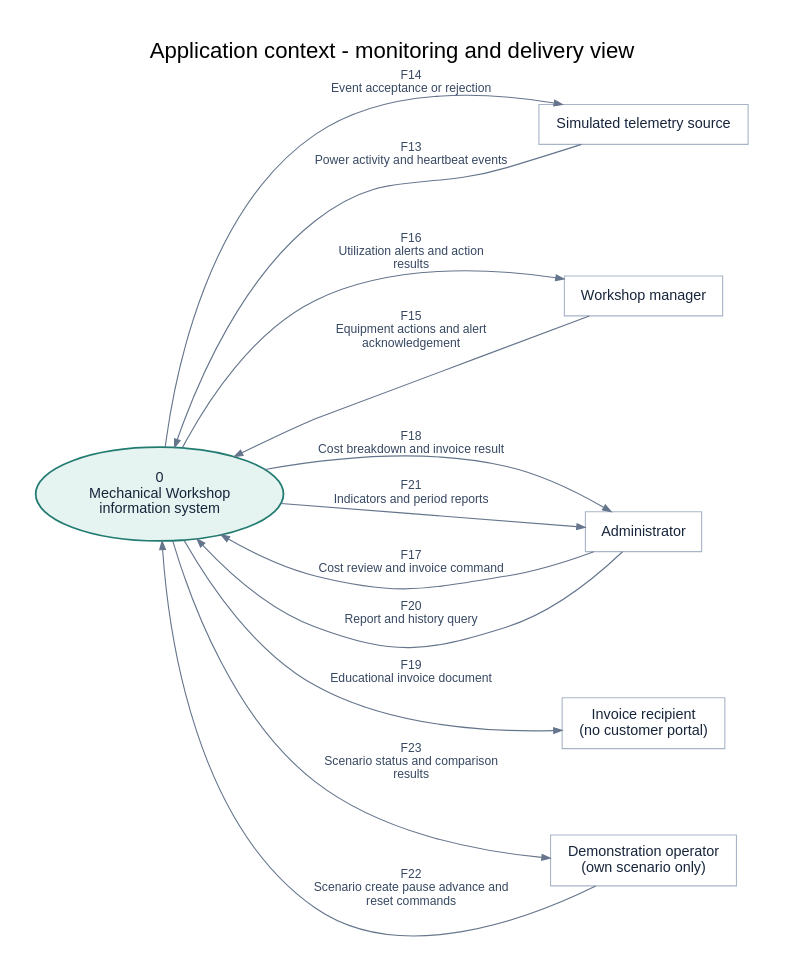
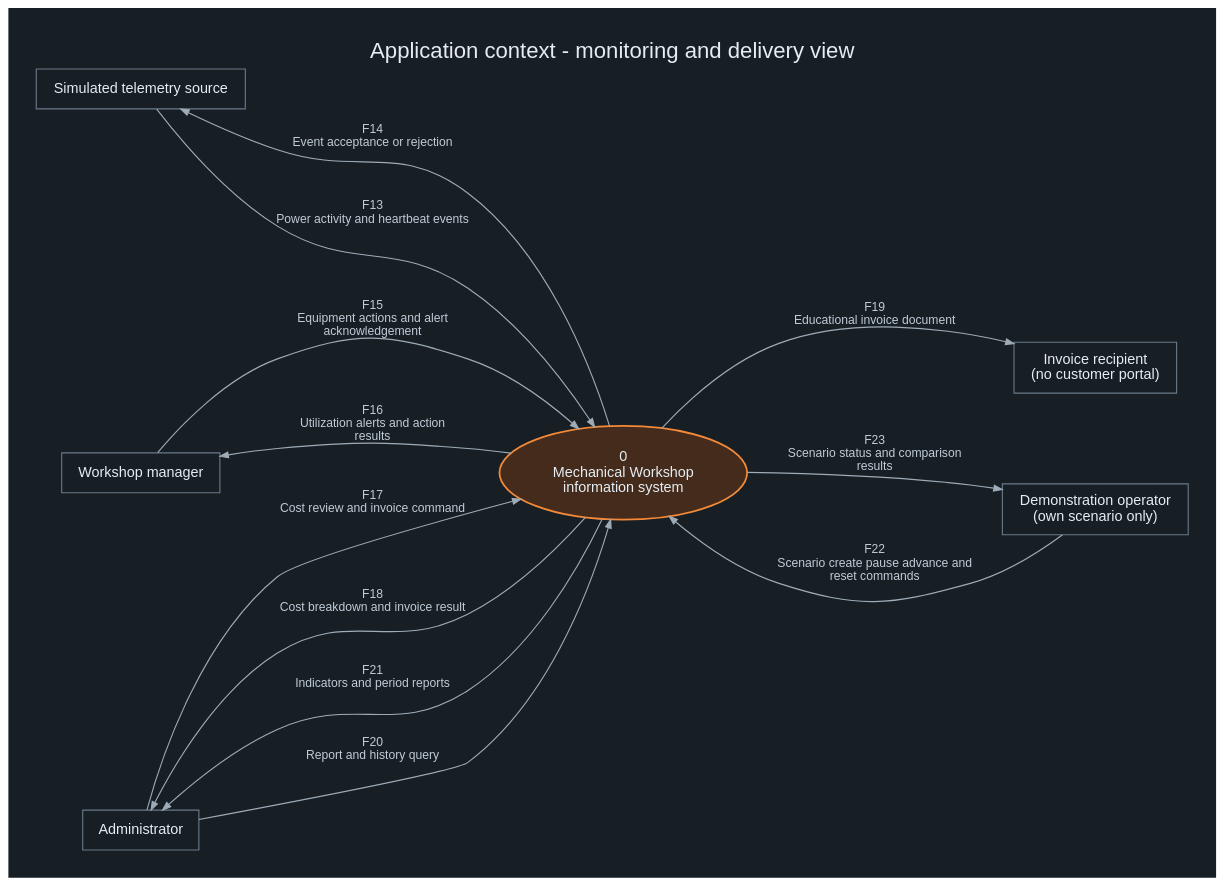
One commit to Kallst/mechanical-workshop changed the diagram in docs/models/diagrams/context-control.dot. Above: the diagram before and after it, drawn with Graphviz. The commit also changed 80 other files, not shown here.

Commit message:
feat(atlas): organize bilingual diagrams in the current workshop theme

```diff
--- a/docs/models/diagrams/context-control.dot
+++ b/docs/models/diagrams/context-control.dot
@@ -1,22 +1,30 @@
 digraph context_control {
-graph [rankdir=LR, bgcolor="#ffffff", pad="0.35", nodesep="0.55", ranksep="0.8", fontname="Arial", fontsize=20, labelloc=t, label="Application context - monitoring and delivery view", compound=true];
-node [shape=box, style="rounded,filled", fillcolor="#f3f6fa", color="#a8b5c7", fontcolor="#17253b", fontname="Arial", fontsize=13, margin="0.18,0.13"];
-edge [fontname="Arial", fontsize=11, fontcolor="#374862", color="#65758c", arrowsize=0.75];
-app [shape=ellipse, fillcolor="#e5f3f1", color="#227b70", penwidth=1.6, label="0\nMechanical Workshop\ninformation system"];
-"telemetry" -> "app" [label="F13\nPower activity and heartbeat events"];
-"app" -> "telemetry" [label="F14\nEvent acceptance or rejection"];
-"manager" -> "app" [label="F15\nEquipment actions and alert\nacknowledgement"];
-"app" -> "manager" [label="F16\nUtilization alerts and action\nresults"];
-"admin" -> "app" [label="F17\nCost review and invoice command"];
-"app" -> "admin" [label="F18\nCost breakdown and invoice result"];
-"app" -> "recipient" [label="F19\nEducational invoice document"];
-"admin" -> "app" [label="F20\nReport and history query"];
-"app" -> "admin" [label="F21\nIndicators and period reports"];
-"operator" -> "app" [label="F22\nScenario create pause advance and\nreset commands"];
-"app" -> "operator" [label="F23\nScenario status and comparison\nresults"];
-admin [shape=box, style="filled", fillcolor="#ffffff", label="Administrator"];
-manager [shape=box, style="filled", fillcolor="#ffffff", label="Workshop manager"];
-operator [shape=box, style="filled", fillcolor="#ffffff", label="Demonstration operator\n(own scenario only)"];
-recipient [shape=box, style="filled", fillcolor="#ffffff", label="Invoice recipient\n(no customer portal)"];
-telemetry [shape=box, style="filled", fillcolor="#ffffff", label="Simulated telemetry source"];
+graph [rankdir=LR, bgcolor="#171e24", pad="0.35", nodesep="0.55", ranksep="0.8", fontname="Arial", fontsize=20, fontcolor="#e5edf3", labelloc=t, label="Application context - monitoring and delivery view", compound=true];
+node [shape=box, style="rounded,filled", fillcolor="#232e37", color="#697b8b", fontcolor="#e5edf3", fontname="Arial", fontsize=13, margin="0.18,0.13"];
+edge [fontname="Arial", fontsize=11, fontcolor="#c0ccd6", color="#9eacb7", arrowsize=0.75];
+app [shape=ellipse, fillcolor="#442b1c", color="#f28a3a", penwidth=1.6, label="0\nMechanical Workshop\ninformation system"];
+"telemetry" -> "app" [label="F13\nPower activity and heartbeat events", constraint=false];
+"app" -> "telemetry" [label="F14\nEvent acceptance or rejection", constraint=false];
+"manager" -> "app" [label="F15\nEquipment actions and alert\nacknowledgement", constraint=false];
+"app" -> "manager" [label="F16\nUtilization alerts and action\nresults", constraint=false];
+"admin" -> "app" [label="F17\nCost review and invoice command", constraint=false];
+"app" -> "admin" [label="F18\nCost breakdown and invoice result", constraint=false];
+"app" -> "recipient" [label="F19\nEducational invoice document", constraint=false];
+"admin" -> "app" [label="F20\nReport and history query", constraint=false];
+"app" -> "admin" [label="F21\nIndicators and period reports", constraint=false];
+"operator" -> "app" [label="F22\nScenario create pause advance and\nreset commands", constraint=false];
+"app" -> "operator" [label="F23\nScenario status and comparison\nresults", constraint=false];
+admin [shape=box, style="filled", fillcolor="#171e24", label="Administrator"];
+manager [shape=box, style="filled", fillcolor="#171e24", label="Workshop manager"];
+operator [shape=box, style="filled", fillcolor="#171e24", label="Demonstration operator\n(own scenario only)"];
+recipient [shape=box, style="filled", fillcolor="#171e24", label="Invoice recipient\n(no customer portal)"];
+telemetry [shape=box, style="filled", fillcolor="#171e24", label="Simulated telemetry source"];
+{rank=same; manager; admin; telemetry;}
+{rank=same; recipient; operator;}
+manager -> app [style=invis, weight=100];
+admin -> app [style=invis, weight=100];
+telemetry -> app [style=invis, weight=100];
+app -> recipient [style=invis, weight=100];
+app -> operator [style=invis, weight=100];
+
 }
```
